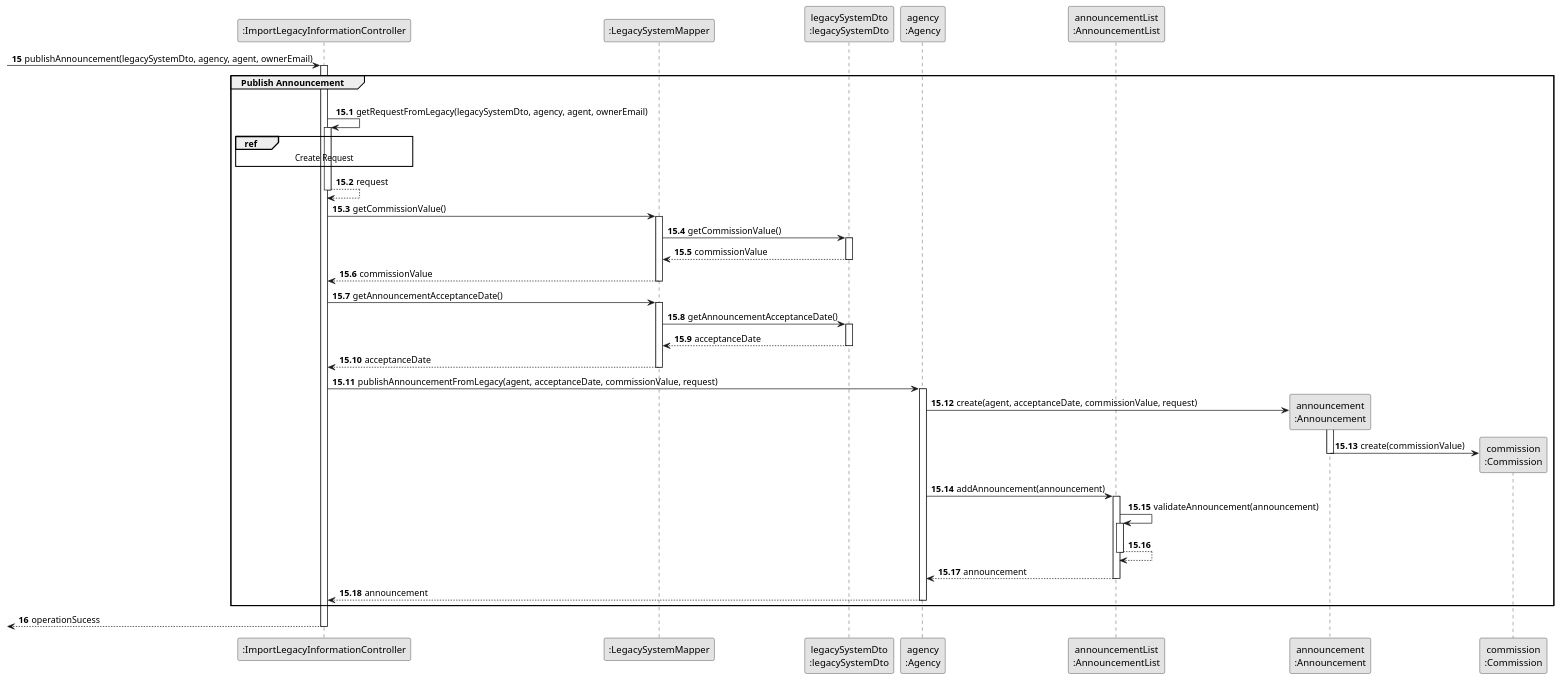
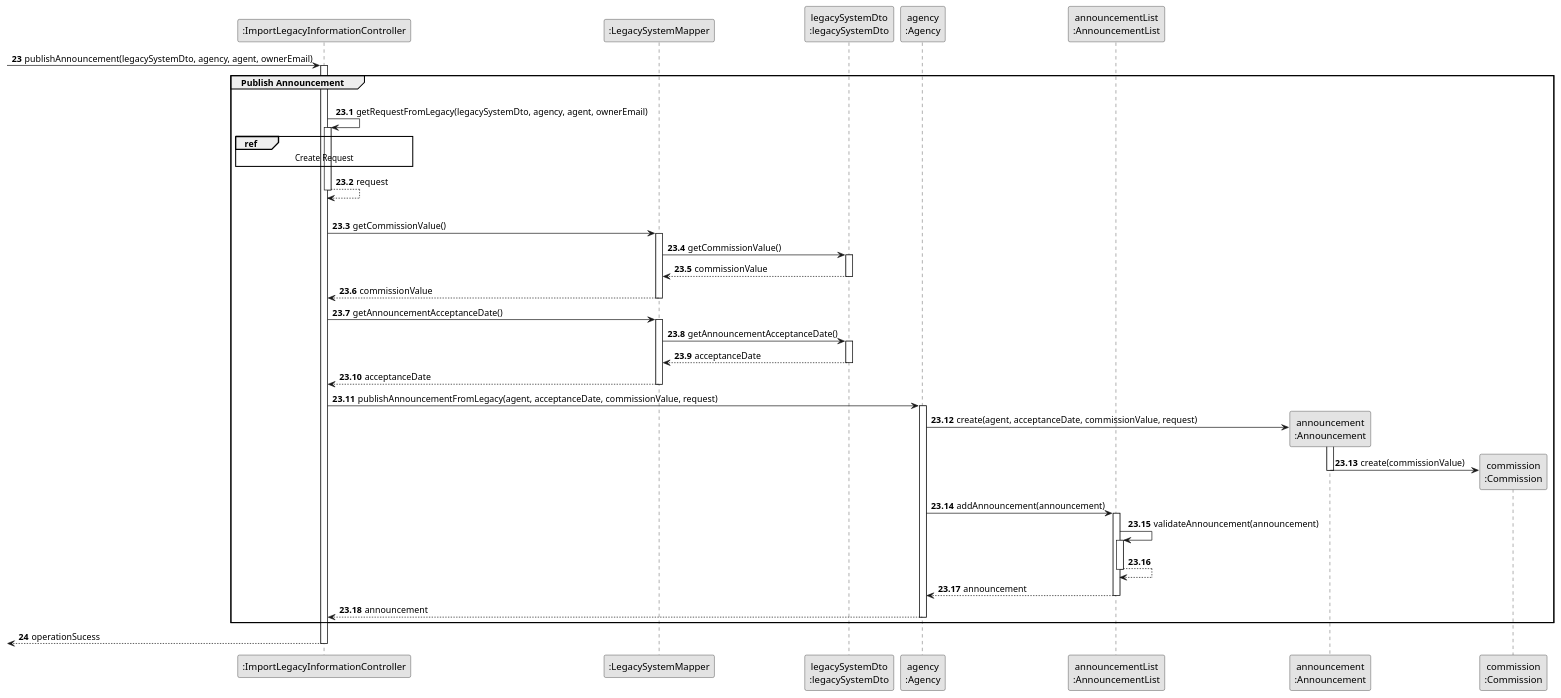
Before and after one commit to rita-barbosa/LAPR2-2223: the diagram in docs/sprintC/us012/03.design/puml/us012-sequence-diagram-partial-publish-announcement.puml, drawn with PlantUML. The commit also changed 13 other files, not shown here.

```diff
--- a/docs/sprintC/us012/03.design/puml/us012-sequence-diagram-partial-publish-announcement.puml
+++ b/docs/sprintC/us012/03.design/puml/us012-sequence-diagram-partial-publish-announcement.puml
@@ -1,90 +1,89 @@
 @startuml
 skinparam monochrome true
 skinparam packageStyle rectangle
 skinparam shANNOUNCEowing false\
 
 participant ":ImportLegacyInformationController" as CTRL
 participant ":LegacySystemMapper" as MAPPER
 participant "legacySystemDto\n:legacySystemDto" as DTO
 participant "agency\n:Agency" as AGENCY
 participant "announcementList\n:AnnouncementList" as LIST
 participant "announcement\n:Announcement" as ANNOUNCE
 participant "commission\n:Commission" as COMMISSION
 
-    'MUDAR O AUTONUMBER
 
-    autonumber 15
+    autonumber 23
 
      -> CTRL : publishAnnouncement(legacySystemDto, agency, agent, ownerEmail)
     activate CTRL
 
-    autonumber 15.1
+    autonumber 23.1
 
     group Publish Announcement
 
     |||
     CTRL -> CTRL : getRequestFromLegacy(legacySystemDto, agency, agent, ownerEmail)
     activate CTRL
 
     ref over CTRL
         Create Request
     end ref
 
         CTRL --> CTRL : request
     deactivate CTRL
-
+|||
     CTRL -> MAPPER : getCommissionValue()
     activate MAPPER
 
         MAPPER -> DTO : getCommissionValue()
         activate DTO
 
             DTO --> MAPPER : commissionValue
         deactivate DTO
 
         MAPPER --> CTRL : commissionValue
     deactivate MAPPER
 
     CTRL -> MAPPER : getAnnouncementAcceptanceDate()
     activate MAPPER
 
         MAPPER -> DTO : getAnnouncementAcceptanceDate()
         activate DTO
 
             DTO --> MAPPER : acceptanceDate
         deactivate DTO
 
         MAPPER --> CTRL : acceptanceDate
     deactivate MAPPER
 
     CTRL -> AGENCY : publishAnnouncementFromLegacy(agent, acceptanceDate, commissionValue, request)
     activate AGENCY
 
         AGENCY -> ANNOUNCE**: create(agent, acceptanceDate, commissionValue, request)
         activate ANNOUNCE
 
         ANNOUNCE -> COMMISSION** : create(commissionValue)
      deactivate ANNOUNCE
 
     AGENCY -> LIST: addAnnouncement(announcement)
     activate LIST
 
         LIST -> LIST: validateAnnouncement(announcement)
         activate LIST
             LIST --> LIST
         deactivate LIST
 
         LIST --> AGENCY : announcement
     deactivate LIST
 
         AGENCY --> CTRL : announcement
     deactivate  AGENCY
 
     end group
 
-autonumber 16
+autonumber 24
 
     <-- CTRL : operationSucess
     deactivate CTRL
 
 @enduml
```
